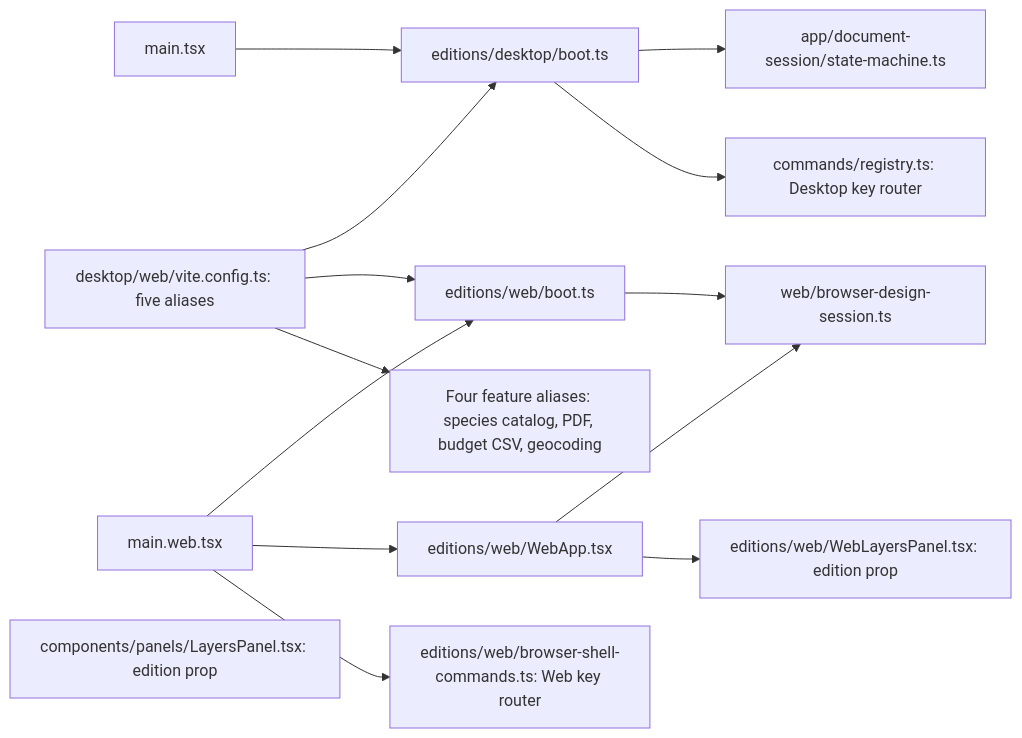
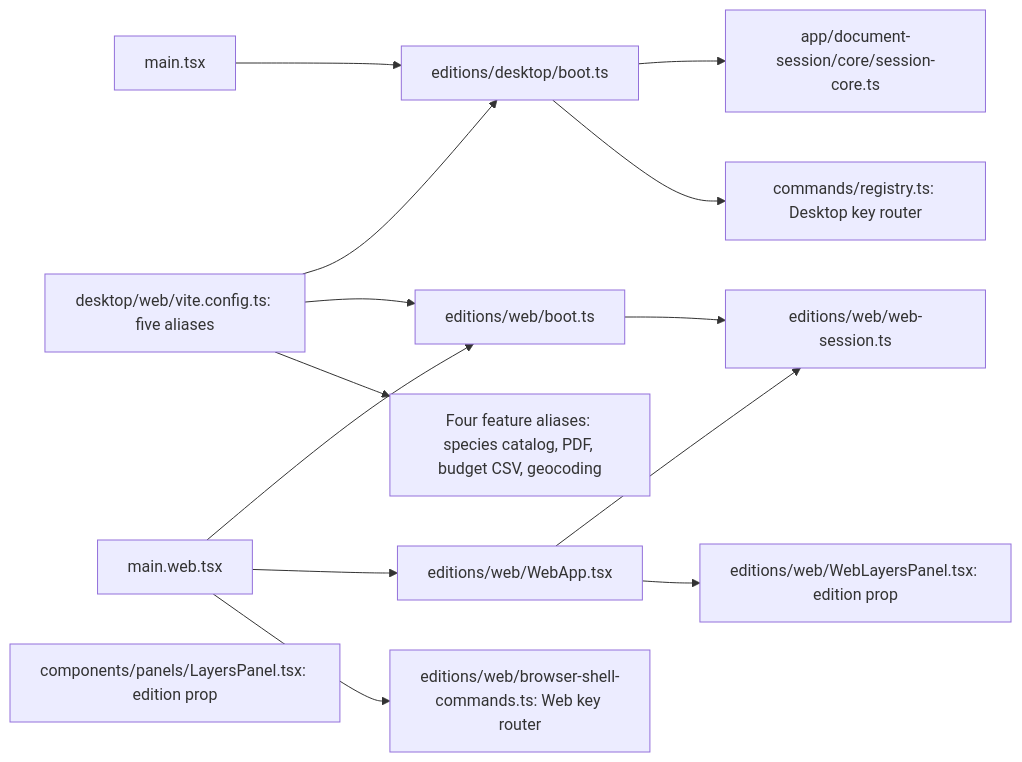
The fifth of 8 diagrams in docs/architecture/components.md (opencanopi/canopi), drawn with Mermaid before and after one commit. The commit also changed other lines of this file and 331 other files, not shown here.

````diff
--- a/docs/architecture/components.md
+++ b/docs/architecture/components.md
@@ -211,28 +211,28 @@
 ```mermaid
 flowchart LR
   vite["desktop/web/vite.config.ts: five aliases"]
   md["main.tsx"]
   mw["main.web.tsx"]
   pd["editions/desktop/boot.ts"]
   pb["editions/web/boot.ts"]
   wa["editions/web/WebApp.tsx"]
-  ds["app/document-session/state-machine.ts"]
-  bs["web/browser-design-session.ts"]
+  ds["app/document-session/core/session-core.ts"]
+  bs["editions/web/web-session.ts"]
   kd["commands/registry.ts: Desktop key router"]
   kw["editions/web/browser-shell-commands.ts: Web key router"]
   al["Four feature aliases: species catalog, PDF, budget CSV, geocoding"]
   lp["components/panels/LayersPanel.tsx: edition prop"]
   wl["editions/web/WebLayersPanel.tsx: edition prop"]
   vite --> pd
   vite --> pb
   vite --> al
   md --> pd
   mw --> pb
   mw --> wa
   mw --> kw
   pd --> ds
   pd --> kd
   pb --> bs
   wa --> bs
   wa --> wl
 ```
````
